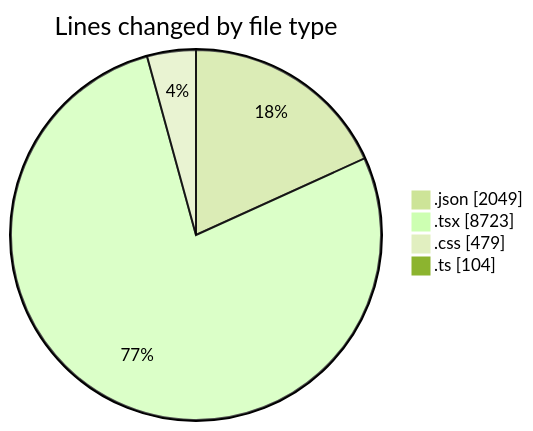
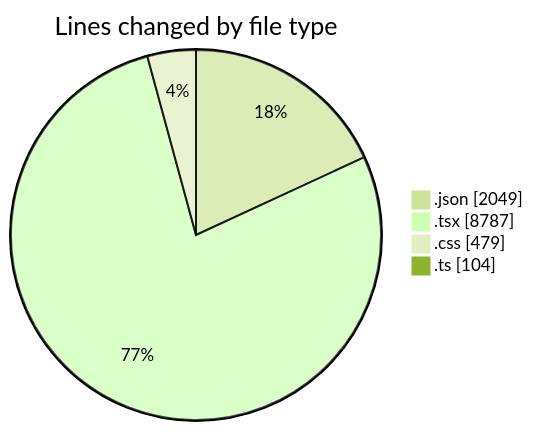
The first of 2 diagrams in 2025-08-14/ribbon/README.md (EIIisD/code-tracking), drawn with Mermaid (forest theme) before and after one commit. The commit also changed other lines of this file and 1 other file, not shown here.

````diff
--- a/2025-08-14/ribbon/README.md
+++ b/2025-08-14/ribbon/README.md
@@ -34,8 +34,8 @@
 ```mermaid
 pie showData
 title Lines changed by file type
 ".json" : 2049
-".tsx" : 8723
+".tsx" : 8787
 ".css" : 479
 ".ts" : 104
 ```
````
